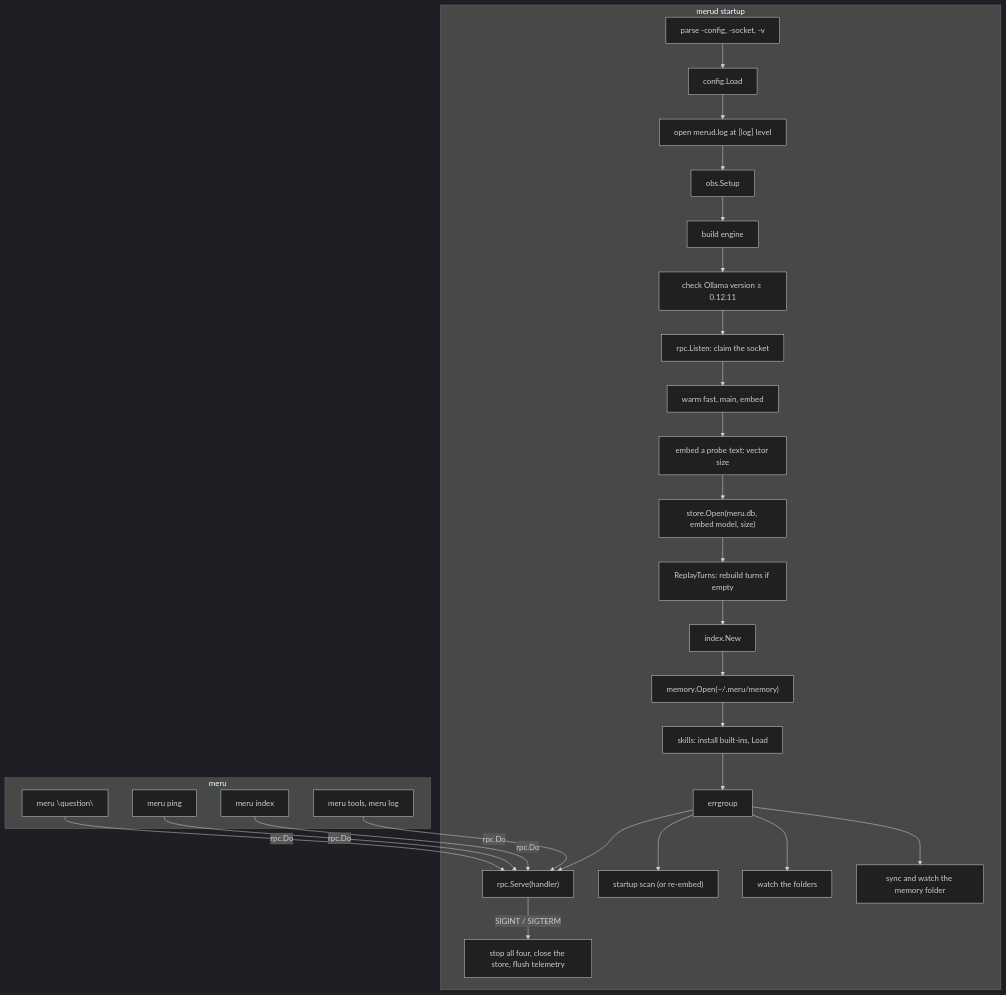
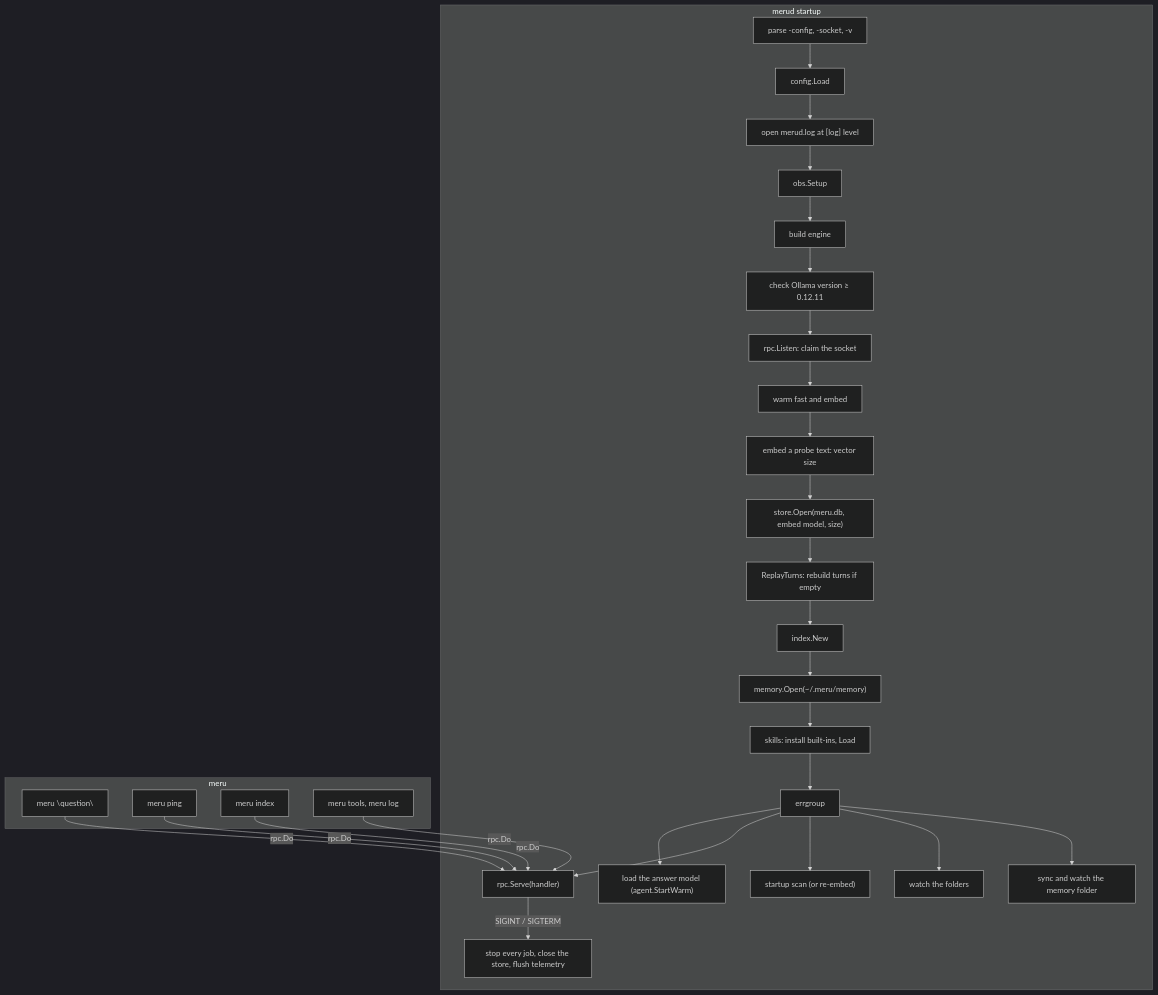
Before and after one commit to aarora79/meru: the diagram in docs/coding-notes/merud.md, drawn with Mermaid (dark theme). The commit also changed other lines of this file and 11 other files, not shown here.

First line of the commit message:
Document the web tools on every route and the background warm-up

````diff
--- a/docs/coding-notes/merud.md
+++ b/docs/coding-notes/merud.md
@@ -20,30 +20,31 @@
 ```mermaid
 flowchart TB
     subgraph merud["merud startup"]
         F["parse -config, -socket, -v"] --> L["config.Load"]
         L --> G["open merud.log at [log] level"]
         G --> O["obs.Setup"]
         O --> E["build engine"]
         E --> V["check Ollama version ≥ 0.12.11"]
         V --> S["rpc.Listen: claim the socket"]
-        S --> W["warm fast, main, embed"]
+        S --> W["warm fast and embed"]
         W --> D["embed a probe text: vector size"]
         D --> ST["store.Open(meru.db, embed model, size)"]
         ST --> RT["ReplayTurns: rebuild turns if empty"]
         RT --> IX["index.New"]
         IX --> MO["memory.Open(~/.meru/memory)"]
         MO --> SK["skills: install built-ins, Load"]
         SK --> G2["errgroup"]
+        G2 --> WM2["load the answer model (agent.StartWarm)"]
         G2 --> R["rpc.Serve(handler)"]
         G2 --> SC["startup scan (or re-embed)"]
         G2 --> WA["watch the folders"]
         G2 --> WM["sync and watch the memory folder"]
-        R -- "SIGINT / SIGTERM" --> X["stop all four, close the store, flush telemetry"]
+        R -- "SIGINT / SIGTERM" --> X["stop every job, close the store, flush telemetry"]
     end
     subgraph meru["meru"]
         A["meru \"question\""] -- "rpc.Do" --> R
         P["meru ping"] -- "rpc.Do" --> R
         I["meru index"] -- "rpc.Do" --> R
         T["meru tools, meru log"] -- "rpc.Do" --> R
     end
 ```
````
